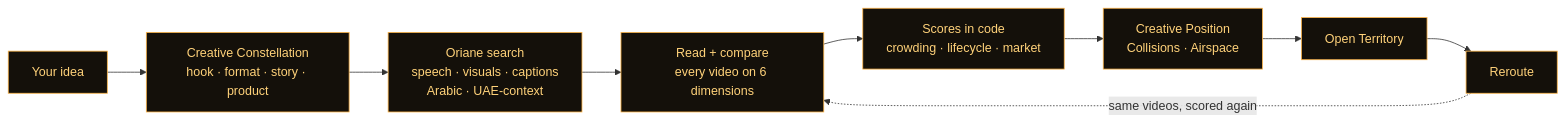
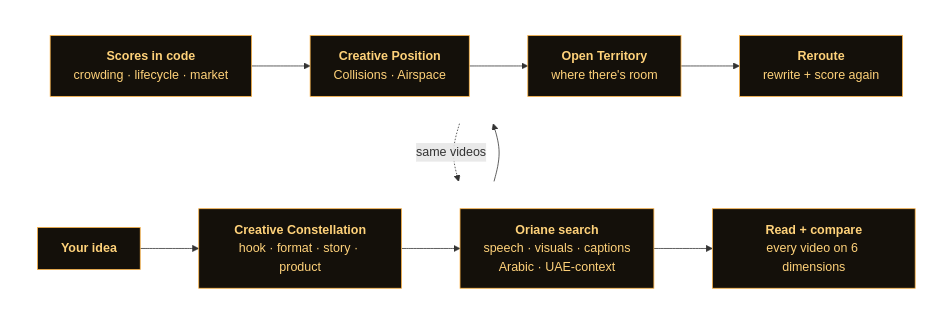
Before and after one commit to bilal-feroz/PreFlight: the diagram in README.md, drawn with Mermaid.

Commit message:
README: two-row flow diagram for readability

````diff
--- a/README.md
+++ b/README.md
@@ -81,13 +81,21 @@
 ```mermaid
-flowchart LR
-    idea["Your idea"] --> dna["Creative Constellation<br/>hook · format · story · product"]
-    dna --> oriane["Oriane search<br/>speech · visuals · captions<br/>Arabic · UAE-context"]
-    oriane --> read["Read + compare<br/>every video on 6 dimensions"]
-    read --> math["Scores in code<br/>crowding · lifecycle · market"]
-    math --> out["Creative Position<br/>Collisions · Airspace"]
-    out --> gap["Open Territory"]
-    gap --> reroute["Reroute"]
-    reroute -. "same videos, scored again" .-> read
+flowchart TB
+    subgraph row1 [" "]
+        direction LR
+        idea["<b>Your idea</b>"] --> dna["<b>Creative Constellation</b><br/>hook · format · story · product"]
+        dna --> oriane["<b>Oriane search</b><br/>speech · visuals · captions<br/>Arabic · UAE-context"]
+        oriane --> read["<b>Read + compare</b><br/>every video on 6 dimensions"]
+    end
+    subgraph row2 [" "]
+        direction LR
+        math["<b>Scores in code</b><br/>crowding · lifecycle · market"] --> out["<b>Creative Position</b><br/>Collisions · Airspace"]
+        out --> gap["<b>Open Territory</b><br/>where there's room"]
+        gap --> reroute["<b>Reroute</b><br/>rewrite + score again"]
+    end
+    read --> math
+    reroute -. "same videos" .-> read
     classDef gold fill:#14100a,stroke:#FFB547,color:#FFD27A;
     class idea,dna,oriane,read,math,out,gap,reroute gold;
+    style row1 fill:none,stroke:none
+    style row2 fill:none,stroke:none
 ```
````
